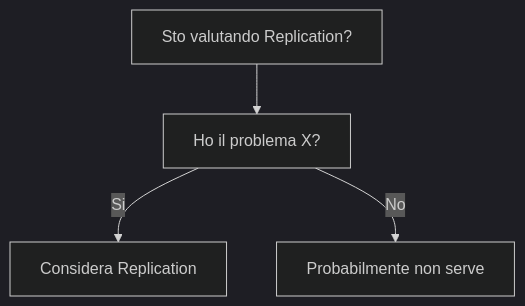
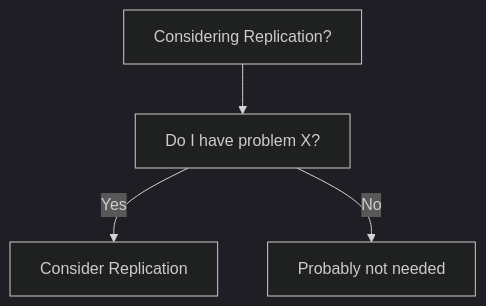
One commit to HxT9/Software-Dev-Wiki changed the diagram in dev-wiki/05_Distributed_Systems/Replication/When_To_Use.md. Above: the diagram before and after it, drawn with Mermaid (dark theme). The commit also changed other lines of this file and 3444 other files, not shown here.

````diff
--- a/dev-wiki/05_Distributed_Systems/Replication/When_To_Use.md
+++ b/dev-wiki/05_Distributed_Systems/Replication/When_To_Use.md
@@ -19,6 +19,6 @@
 ```mermaid
 flowchart TD
-  Q[Sto valutando Replication?] --> Q1[Ho il problema X?]
-  Q1 -->|Si| OK[Considera Replication]
-  Q1 -->|No| NO[Probabilmente non serve]
+  Q[Considering Replication?] --> Q1[Do I have problem X?]
+  Q1 -->|Yes| OK[Consider Replication]
+  Q1 -->|No| NO[Probably not needed]
 ```
````
